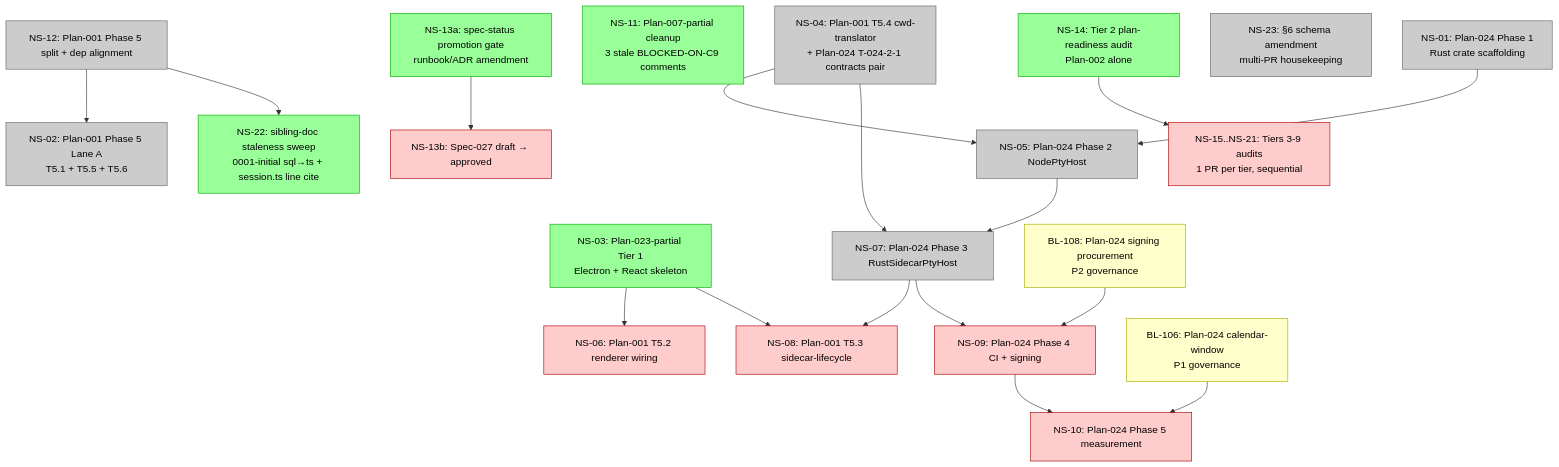
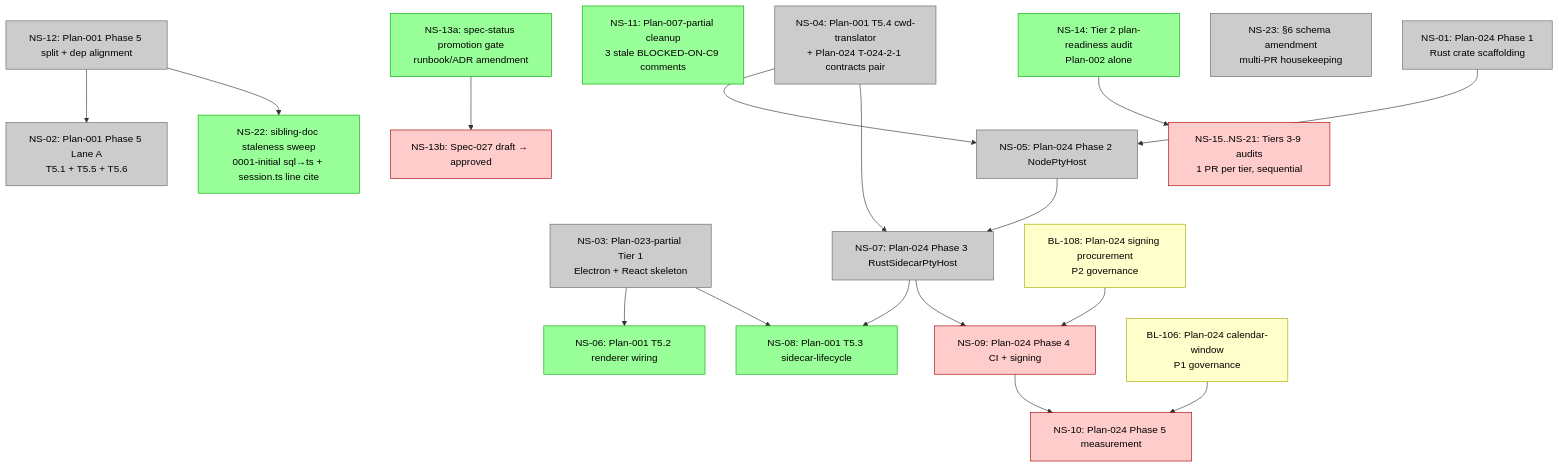
One commit to Sawmonabo/ai-sidekicks changed the diagram in docs/architecture/cross-plan-dependencies.md. Above: the diagram before and after it, drawn with Mermaid. The commit also changed other lines of this file and 1 other file, not shown here.

````diff
--- a/docs/architecture/cross-plan-dependencies.md
+++ b/docs/architecture/cross-plan-dependencies.md
@@ -284,56 +284,56 @@
 ```mermaid
 graph TB
   %% READY (no upstream NS-XX blockers, or all upstream satisfied)
   NS01[NS-01: Plan-024 Phase 1<br/>Rust crate scaffolding]:::completed
   NS02[NS-02: Plan-001 Phase 5 Lane A<br/>T5.1 + T5.5 + T5.6]:::completed
-  NS03[NS-03: Plan-023-partial Tier 1<br/>Electron + React skeleton]:::ready
+  NS03[NS-03: Plan-023-partial Tier 1<br/>Electron + React skeleton]:::completed
   NS04[NS-04: Plan-001 T5.4 cwd-translator<br/>+ Plan-024 T-024-2-1 contracts pair]:::completed
   NS11[NS-11: Plan-007-partial cleanup<br/>3 stale BLOCKED-ON-C9 comments]:::ready
   NS13a[NS-13a: spec-status promotion gate<br/>runbook/ADR amendment]:::ready
   NS14[NS-14: Tier 2 plan-readiness audit<br/>Plan-002 alone]:::ready
   NS22[NS-22: sibling-doc staleness sweep<br/>0001-initial sql→ts + session.ts line cite]:::ready
+  NS06[NS-06: Plan-001 T5.2 renderer wiring]:::ready
+  NS08[NS-08: Plan-001 T5.3 sidecar-lifecycle]:::ready
   NS23[NS-23: §6 schema amendment<br/>multi-PR housekeeping]:::completed
   NS05[NS-05: Plan-024 Phase 2 NodePtyHost]:::completed
   NS07[NS-07: Plan-024 Phase 3 RustSidecarPtyHost]:::completed
 
   %% BLOCKED
-  NS06[NS-06: Plan-001 T5.2 renderer wiring]:::blocked
-  NS08[NS-08: Plan-001 T5.3 sidecar-lifecycle]:::blocked
   NS09[NS-09: Plan-024 Phase 4 CI + signing]:::blocked
   NS10[NS-10: Plan-024 Phase 5 measurement]:::blocked
   NS13b[NS-13b: Spec-027 draft → approved]:::blocked
   NS15[NS-15..NS-21: Tiers 3-9 audits<br/>1 PR per tier, sequential]:::blocked
 
   %% COMPLETED
   NS12[NS-12: Plan-001 Phase 5 split + dep alignment]:::completed
 
   %% EXISTING BACKLOG (governance)
   BL106[BL-106: Plan-024 calendar-window<br/>P1 governance]:::governance
   BL108[BL-108: Plan-024 signing procurement<br/>P2 governance]:::governance
 
   %% Code track edges
   NS12 --> NS02
   NS12 --> NS22
   NS01 --> NS05
   NS04 --> NS05
   NS04 --> NS07
   NS05 --> NS07
   NS03 --> NS06
   NS03 --> NS08
   NS07 --> NS08
   NS07 --> NS09
   BL108 --> NS09
   NS09 --> NS10
   BL106 --> NS10
 
   %% Governance chain
   NS13a --> NS13b
 
   %% Audit chain
   NS14 --> NS15
 
   classDef ready fill:#9f9,stroke:#0a0,color:#000
   classDef blocked fill:#fcc,stroke:#a00,color:#000
   classDef completed fill:#ccc,stroke:#666,color:#000
   classDef governance fill:#ffc,stroke:#aa0,color:#000
 ```
````
